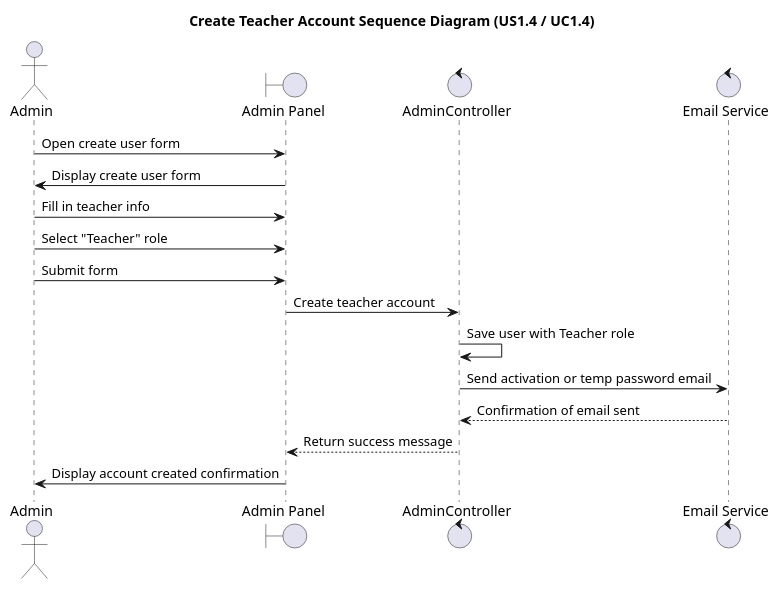
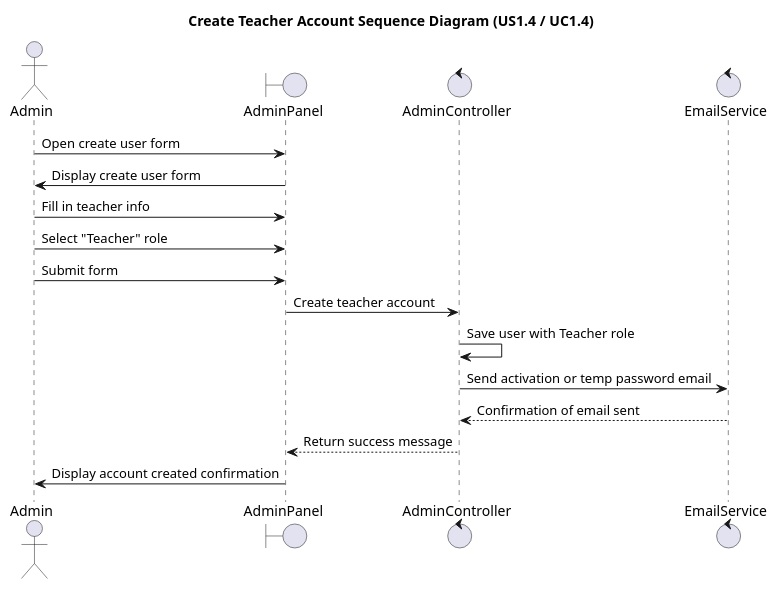
The diagram in docs/2. Diagrams/Sequence diagram/3. CreateTeacherAccount/CreateTeacherAccount.pu (Huangphoux/uit-SE357_requirement), drawn with PlantUML before and after one commit. The commit also changed 41 other files, not shown here.

Commit message:
Add all sequence diagrams

```diff
--- a/docs/2. Diagrams/Sequence diagram/3. CreateTeacherAccount/CreateTeacherAccount.pu
+++ b/docs/2. Diagrams/Sequence diagram/3. CreateTeacherAccount/CreateTeacherAccount.pu
@@ -1,24 +1,24 @@
 @startuml CreateTeacherAccount
 title Create Teacher Account Sequence Diagram (US1.4 / UC1.4)
 
 actor Admin
-boundary "Admin Panel"
-control "AdminController"
-control "Email Service"
+boundary AdminPanel
+control AdminController
+control EmailService
 
-Admin -> "Admin Panel" : Open create user form
-"Admin Panel" -> Admin : Display create user form
+Admin -> AdminPanel : Open create user form
+AdminPanel -> Admin : Display create user form
 
-Admin -> "Admin Panel" : Fill in teacher info
-Admin -> "Admin Panel" : Select "Teacher" role
-Admin -> "Admin Panel" : Submit form
+Admin -> AdminPanel : Fill in teacher info
+Admin -> AdminPanel : Select "Teacher" role
+Admin -> AdminPanel : Submit form
 
-"Admin Panel" -> "AdminController" : Create teacher account
-"AdminController" -> "AdminController" : Save user with Teacher role
-"AdminController" -> "Email Service" : Send activation or temp password email
-"Email Service" --> "AdminController" : Confirmation of email sent
+AdminPanel -> AdminController : Create teacher account
+AdminController -> AdminController : Save user with Teacher role
+AdminController -> EmailService : Send activation or temp password email
+EmailService --> AdminController : Confirmation of email sent
 
-"AdminController" --> "Admin Panel" : Return success message
-"Admin Panel" -> Admin : Display account created confirmation
+AdminController --> AdminPanel : Return success message
+AdminPanel -> Admin : Display account created confirmation
 
 @enduml
```
